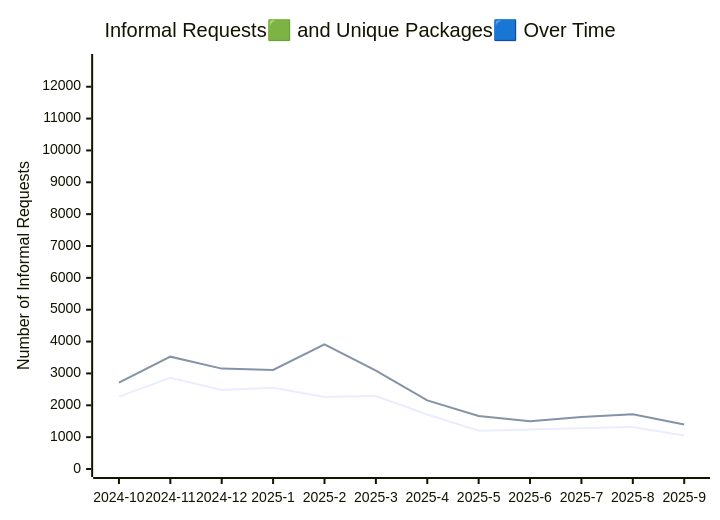
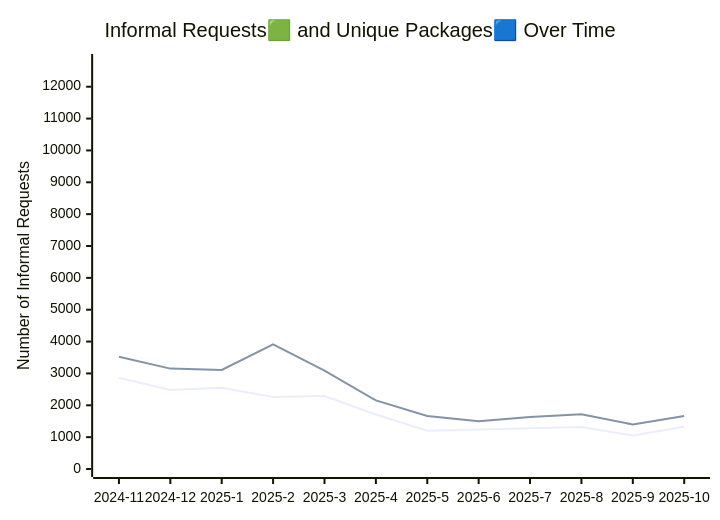
One commit to PatLittle/analytics-corporate-reporting changed the diagram in ATI_INFORMAL_REPORT/readme.md. Above: the diagram before and after it, drawn with Mermaid. The commit also changed other lines of this file and 5 other files, not shown here.

````diff
--- a/ATI_INFORMAL_REPORT/readme.md
+++ b/ATI_INFORMAL_REPORT/readme.md
@@ -4,11 +4,11 @@
 ```mermaid
 
 xychart-beta
     title "Informal Requests🟩 and Unique Packages🟦 Over Time"
-    x-axis [2024-10, 2024-11, 2024-12, 2025-1, 2025-2, 2025-3, 2025-4, 2025-5, 2025-6, 2025-7, 2025-8, 2025-9]
-    y-axis "Unique Packages" 0 --> 10093
+    x-axis [2024-11, 2024-12, 2025-1, 2025-2, 2025-3, 2025-4, 2025-5, 2025-6, 2025-7, 2025-8, 2025-9, 2025-10]
+    y-axis "Unique Packages" 0 --> 10092
     y-axis "Number of Informal Requests" 0 --> 12776
 
-    line [2271, 2866, 2479, 2551, 2259, 2289, 1711, 1201, 1240, 1283, 1321, 1053]
-    line [2713, 3526, 3151, 3108, 3916, 3088, 2153, 1666, 1499, 1635, 1720, 1399]
+    line [2866, 2479, 2551, 2259, 2289, 1711, 1201, 1240, 1283, 1321, 1051, 1325]
+    line [3526, 3151, 3108, 3916, 3088, 2153, 1666, 1499, 1635, 1720, 1397, 1661]
 ```
````
